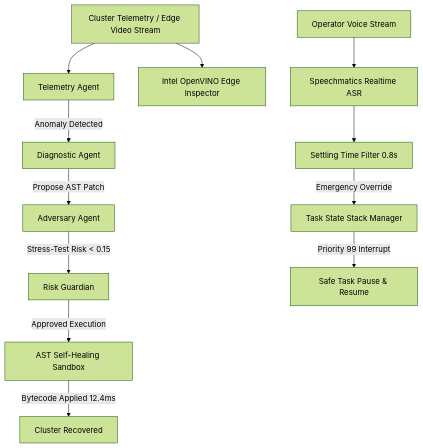
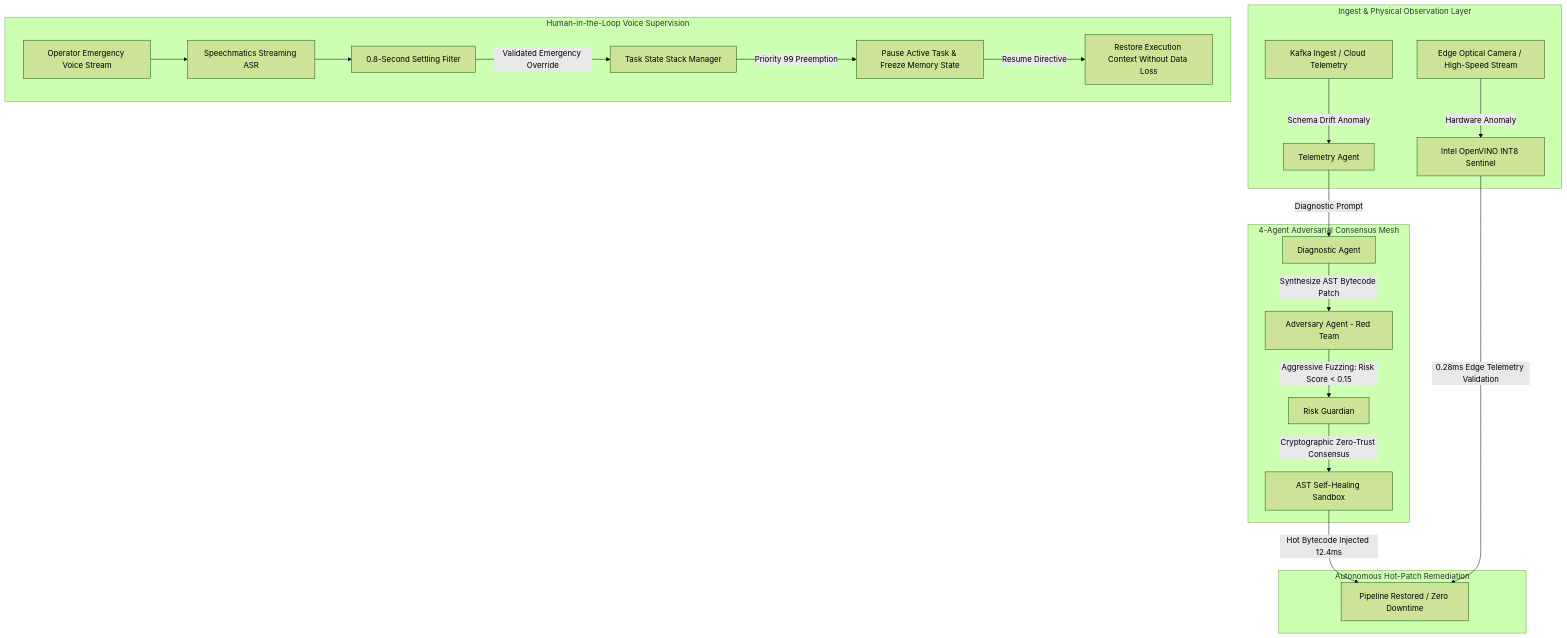
Before and after one commit to sahariarhossain524-sketch/Aegismind-os: the diagram in README.md, drawn with Mermaid (forest theme). The commit also changed other lines of this file and 5 other files, not shown here.

Commit message:
feat: 1-Click Judge Failure Simulation, Intel OpenVINO benchmark suite & institutional README

````diff
--- a/README.md
+++ b/README.md
@@ -13,16 +26,27 @@
 ```mermaid
 graph TD
-    A[Cluster Telemetry / Edge Video Stream] --> B[Telemetry Agent]
-    A --> C[Intel OpenVINO Edge Inspector]
-    
-    B -->|Anomaly Detected| D[Diagnostic Agent]
-    D -->|Propose AST Patch| E[Adversary Agent]
-    E -->|Stress-Test Risk < 0.15| F[Risk Guardian]
-    F -->|Approved Execution| G[AST Self-Healing Sandbox]
-    G -->|Bytecode Applied 12.4ms| H[Cluster Recovered]
+    subgraph "Ingest & Physical Observation Layer"
+        A1[Kafka Ingest / Cloud Telemetry] -->|Schema Drift Anomaly| B[Telemetry Agent]
+        A2[Edge Optical Camera / High-Speed Stream] -->|Hardware Anomaly| C[Intel OpenVINO INT8 Sentinel]
+    end
 
-    I[Operator Voice Stream] --> J[Speechmatics Realtime ASR]
-    J --> K[Settling Time Filter 0.8s]
-    K -->|Emergency Override| L[Task State Stack Manager]
-    L -->|Priority 99 Interrupt| M[Safe Task Pause & Resume]
+    subgraph "4-Agent Adversarial Consensus Mesh"
+        B -->|Diagnostic Prompt| D[Diagnostic Agent]
+        D -->|Synthesize AST Bytecode Patch| E[Adversary Agent - Red Team]
+        E -->|Aggressive Fuzzing: Risk Score < 0.15| F[Risk Guardian]
+        F -->|Cryptographic Zero-Trust Consensus| G[AST Self-Healing Sandbox]
+    end
+
+    subgraph "Autonomous Hot-Patch Remediation"
+        G -->|Hot Bytecode Injected 12.4ms| H[Pipeline Restored / Zero Downtime]
+        C -->|0.28ms Edge Telemetry Validation| H
+    end
+
+    subgraph "Human-in-the-Loop Voice Supervision"
+        I[Operator Emergency Voice Stream] --> J[Speechmatics Streaming ASR]
+        J --> K[0.8-Second Settling Filter]
+        K -->|Validated Emergency Override| L[Task State Stack Manager]
+        L -->|Priority 99 Preemption| M[Pause Active Task & Freeze Memory State]
+        M -->|Resume Directive| N[Restore Execution Context Without Data Loss]
+    end
 ```
````
